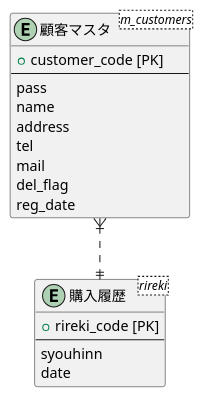
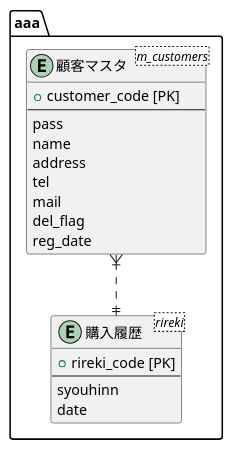
The diagram in ER.md (aso2001036/2021sys-design), drawn with PlantUML before and after one commit.

````diff
--- a/ER.md
+++ b/ER.md
@@ -1,22 +1,24 @@
 ```puml
 @startuml
+package "aaa" as target_system{
 entity "顧客マスタ" as customer <m_customers> {
 + customer_code [PK]
 --
 pass
 name
 address
 tel
 mail
 del_flag
 reg_date
 }
 entity "購入履歴" as rireki <rireki> {
 + rireki_code [PK]
 --
 syouhinn
 date
 }
+}
 customer }|..|| rireki
 @enduml
 ```
````
